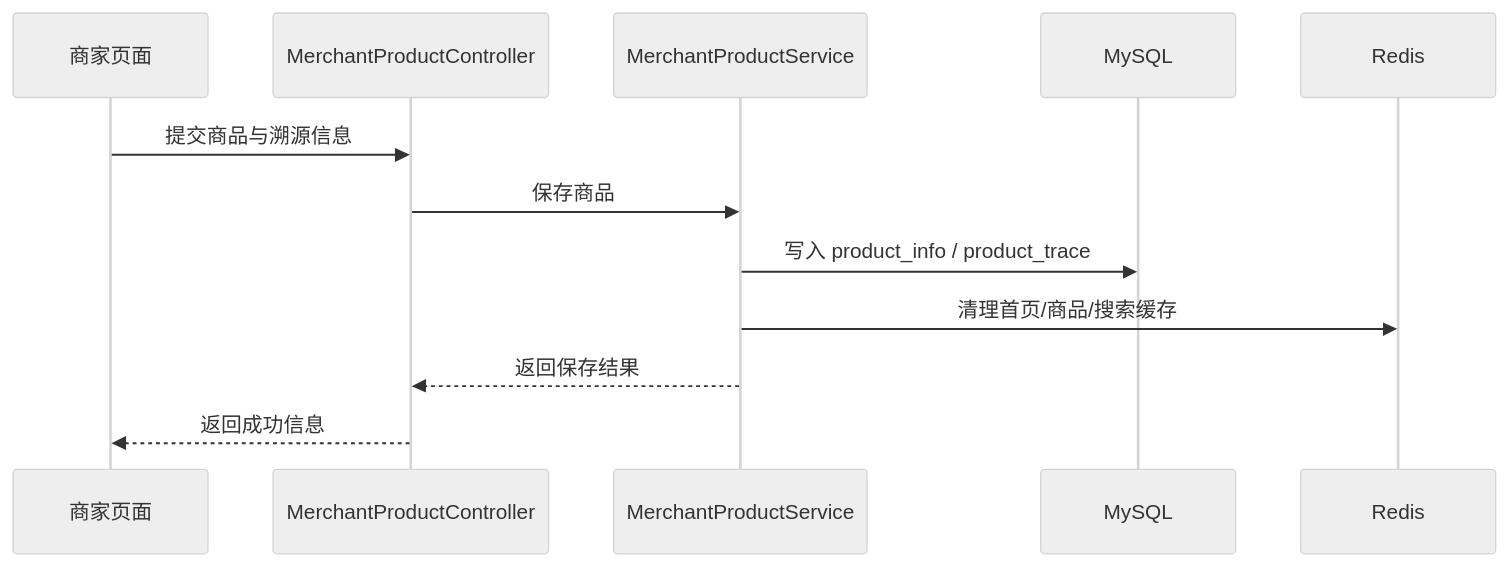
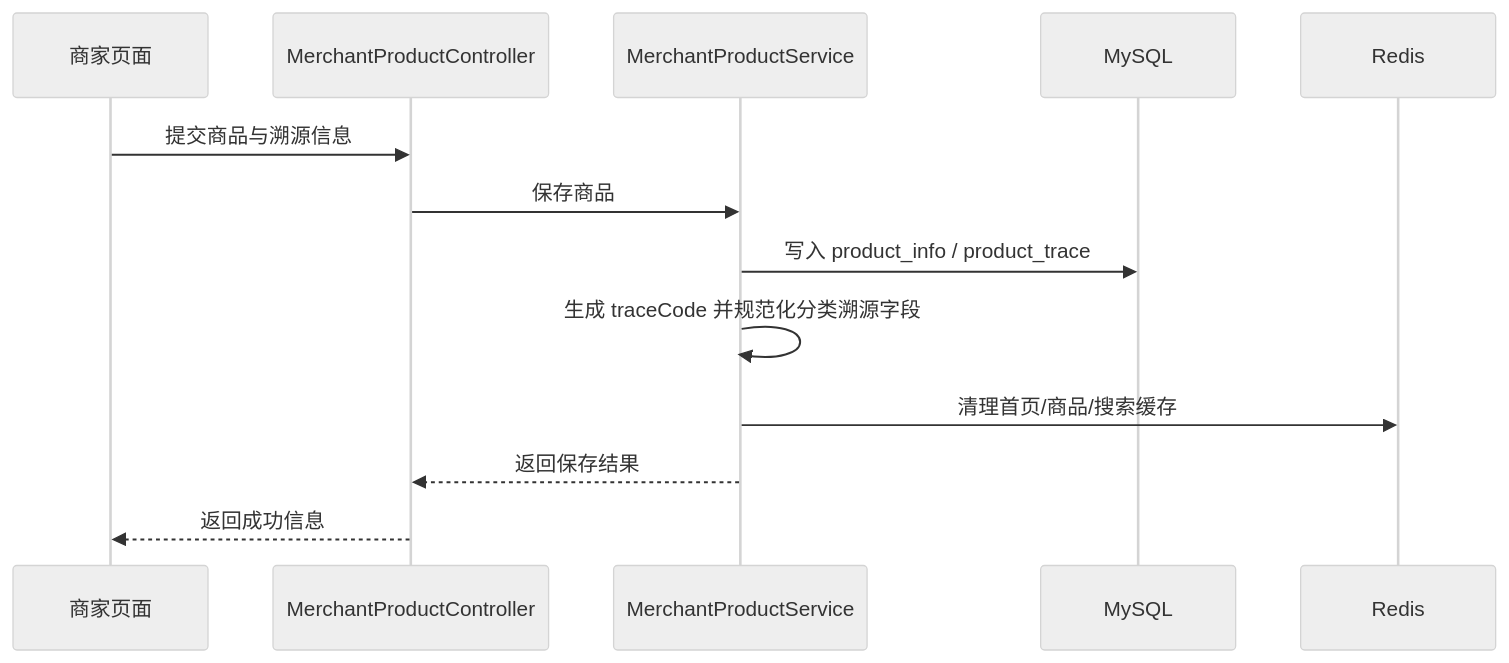
One commit to ljj123ll/projectWebAgricultural changed the fifth of 10 diagrams in 毕业论文相关文件/毕业论文md文档/05概要设计说明书.md. Above: the diagram before and after it, drawn with Mermaid (neutral theme). The commit also changed other lines of this file and 75 other files, not shown here.

````diff
--- a/毕业论文相关文件/毕业论文md文档/05概要设计说明书.md
+++ b/毕业论文相关文件/毕业论文md文档/05概要设计说明书.md
@@ -271,15 +324,16 @@
 ```mermaid
 sequenceDiagram
     participant Merchant as 商家页面
     participant Controller as MerchantProductController
     participant Service as MerchantProductService
     participant DB as MySQL
     participant Cache as Redis
 
     Merchant->>Controller: 提交商品与溯源信息
     Controller->>Service: 保存商品
     Service->>DB: 写入 product_info / product_trace
+    Service->>Service: 生成 traceCode 并规范化分类溯源字段
     Service->>Cache: 清理首页/商品/搜索缓存
     Service-->>Controller: 返回保存结果
     Controller-->>Merchant: 返回成功信息
 ```
````
